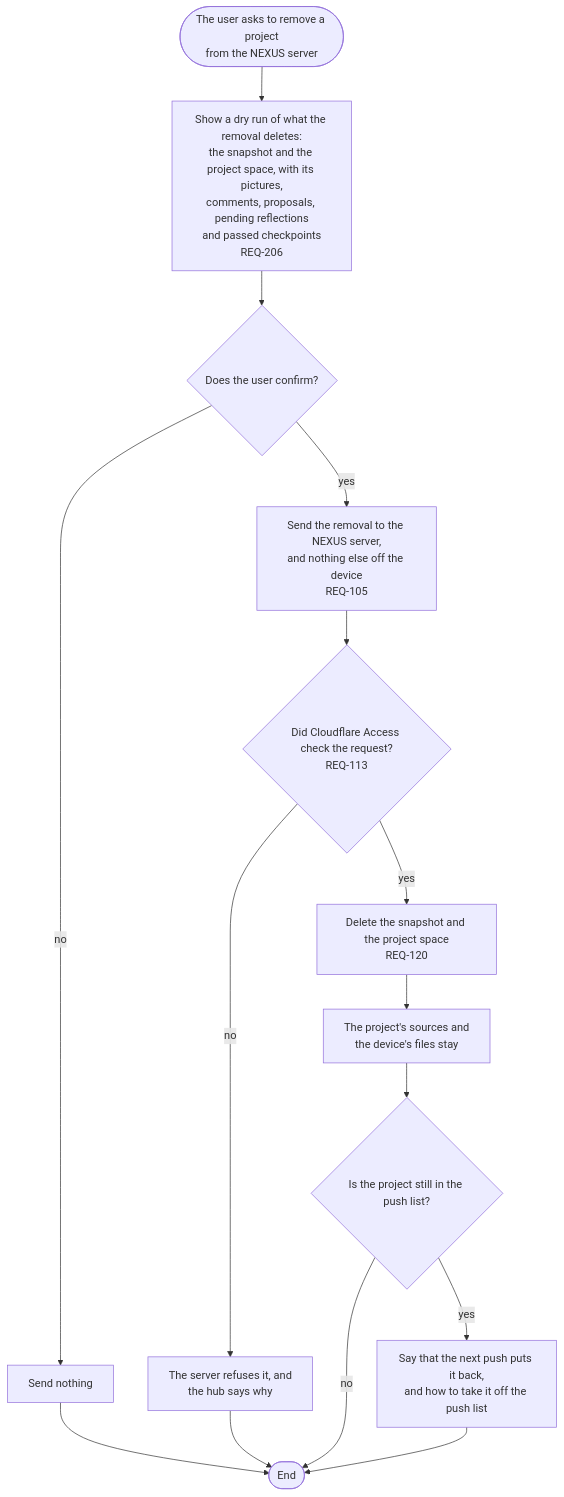
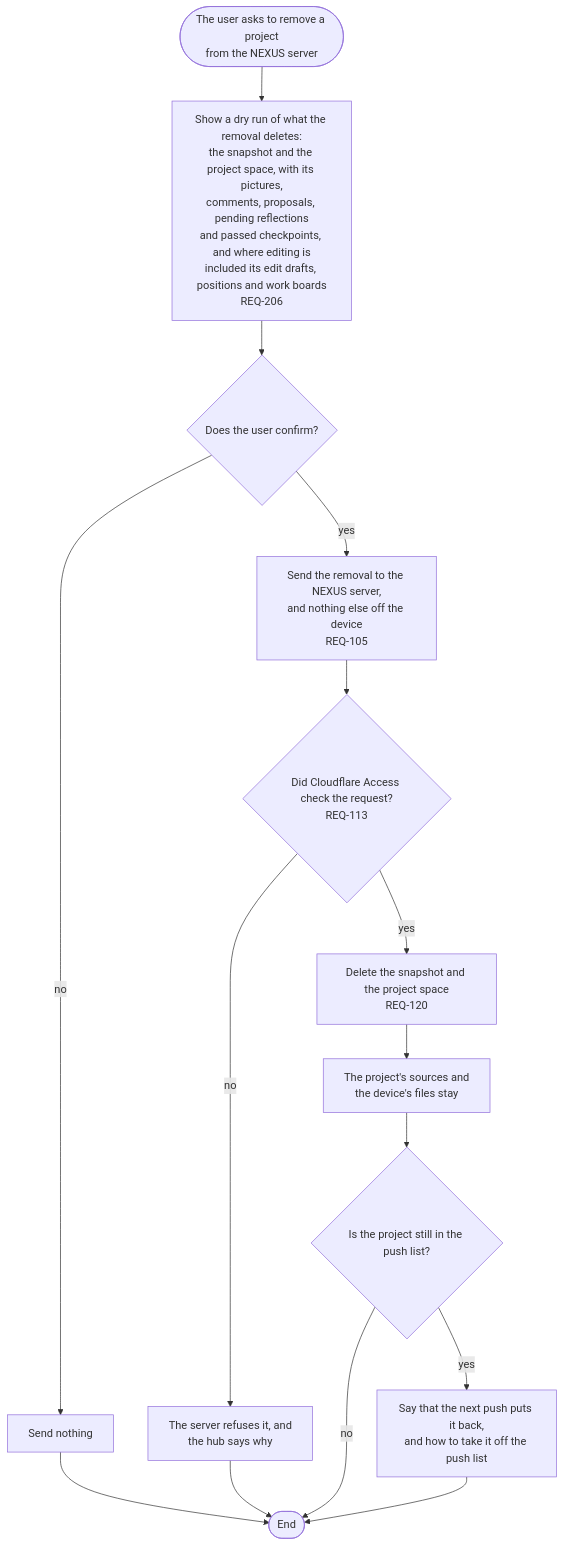
One commit to kodonghui/corthex-nexus changed the diagram in docs/03-user-flow/nexus/FL-114-remove-a-project.md. Above: the diagram before and after it, drawn with Mermaid. The commit also changed 24 other files, not shown here.

First line of the commit message:
docs(nexus): define phase ②'s requirements, flows and functional spec

````diff
--- a/docs/03-user-flow/nexus/FL-114-remove-a-project.md
+++ b/docs/03-user-flow/nexus/FL-114-remove-a-project.md
@@ -9,17 +9,17 @@
 ```mermaid
 flowchart TD
-  A(["The user asks to remove a project<br/>from the NEXUS server"]) --> B["Show a dry run of what the removal deletes:<br/>the snapshot and the project space, with its pictures,<br/>comments, proposals, pending reflections<br/>and passed checkpoints<br/>REQ-206"]
+  A(["The user asks to remove a project<br/>from the NEXUS server"]) --> B["Show a dry run of what the removal deletes:<br/>the snapshot and the project space, with its pictures,<br/>comments, proposals, pending reflections<br/>and passed checkpoints, and where editing is<br/>included its edit drafts, positions and work boards<br/>REQ-206"]
   B --> C{"Does the user confirm?"}
   C -->|no| C1["Send nothing"]
   C1 --> Z(["End"])
   C -->|yes| D["Send the removal to the NEXUS server,<br/>and nothing else off the device<br/>REQ-105"]
   D --> E{"Did Cloudflare Access check the request?<br/>REQ-113"}
   E -->|no| E1["The server refuses it, and<br/>the hub says why"]
   E1 --> Z
   E -->|yes| F["Delete the snapshot and the project space<br/>REQ-120"]
   F --> G["The project's sources and<br/>the device's files stay"]
   G --> H{"Is the project still in the push list?"}
   H -->|yes| H1["Say that the next push puts it back,<br/>and how to take it off the push list"]
   H -->|no| Z
   H1 --> Z
 ```
````
